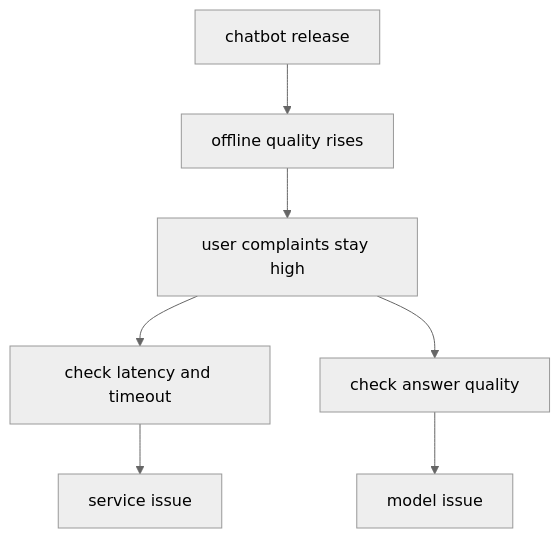
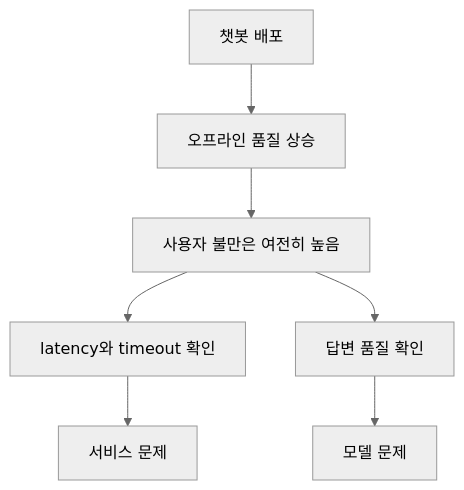
The fourth of 4 diagrams in docs/parts/part-04/chapter-06/section-03.md (devchan64/AiBook), drawn with Mermaid (neutral theme) before and after one commit. The commit also changed other lines of this file and 72 other files, not shown here.

````diff
--- a/docs/parts/part-04/chapter-06/section-03.md
+++ b/docs/parts/part-04/chapter-06/section-03.md
@@ -257,14 +257,14 @@
 ```mermaid
 flowchart TD
-  A["chatbot release"]
-  B["offline quality rises"]
-  C["user complaints stay high"]
-  D["check latency and timeout"]
-  E["check answer quality"]
-  F["service issue"]
-  G["model issue"]
+  A["챗봇 배포"]
+  B["오프라인 품질 상승"]
+  C["사용자 불만은 여전히 높음"]
+  D["latency와 timeout 확인"]
+  E["답변 품질 확인"]
+  F["서비스 문제"]
+  G["모델 문제"]
 
   A --> B --> C
   C --> D --> F
   C --> E --> G
 ```
````
